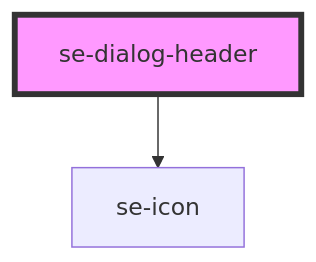
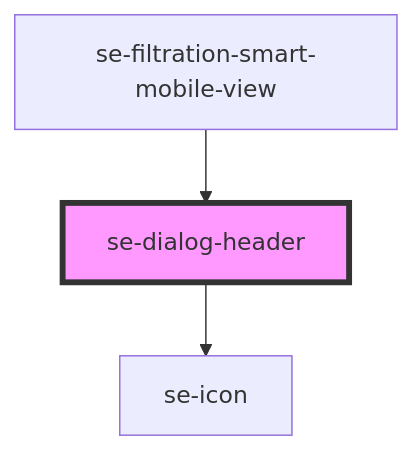
The diagram in libs/core/src/components/dialog-header/readme.md (robbiemcmullense/se-web-ui), drawn with Mermaid before and after one commit. The commit also changed other lines of this file and 87 other files, not shown here.

First line of the commit message:
Filtration smart (#486)

````diff
--- a/libs/core/src/components/dialog-header/readme.md
+++ b/libs/core/src/components/dialog-header/readme.md
@@ -35,5 +39,6 @@
 ```mermaid
 graph TD;
   se-dialog-header --> se-icon
+  se-filtration-smart-mobile-view --> se-dialog-header
   style se-dialog-header fill:#f9f,stroke:#333,stroke-width:4px
 ```
````
